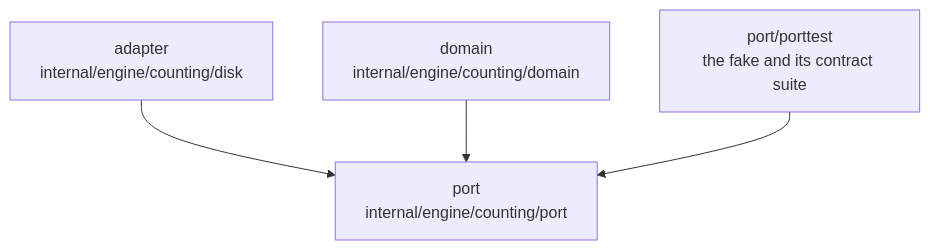
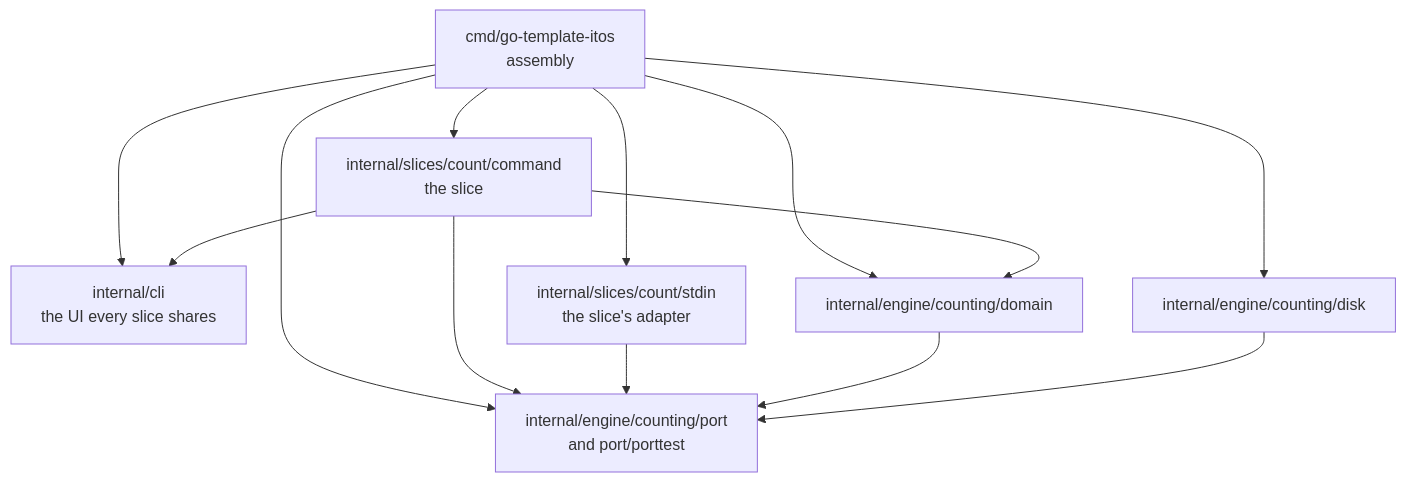
One commit to donvargax/go-template-itos changed the diagram in docs/architecture/04-solution-strategy.md. Above: the diagram before and after it, drawn with Mermaid. The commit also changed other lines of this file and 4 other files, not shown here.

First line of the commit message:
docs: describe the count command's code in arc42 and open CLI.md with its why

````diff
--- a/docs/architecture/04-solution-strategy.md
+++ b/docs/architecture/04-solution-strategy.md
@@ -8,10 +8,15 @@
 ```mermaid
 flowchart TD
-  adapter["adapter<br/>internal/engine/counting/disk"]
-  domain["domain<br/>internal/engine/counting/domain"]
-  port["port<br/>internal/engine/counting/port"]
-  fake["port/porttest<br/>the fake and its contract suite"]
+  cmd["cmd/go-template-itos<br/>assembly"]
+  ui["internal/cli<br/>the UI every slice shares"]
+  slice["internal/slices/count/command<br/>the slice"]
+  sadp["internal/slices/count/stdin<br/>the slice's adapter"]
+  domain["internal/engine/counting/domain"]
+  port["internal/engine/counting/port<br/>and port/porttest"]
+  adapter["internal/engine/counting/disk"]
+  cmd --> ui & slice & sadp & adapter & domain & port
+  slice --> ui & domain & port
+  sadp --> port
+  domain --> port
   adapter --> port
-  domain --> port
-  fake --> port
 ```
````
